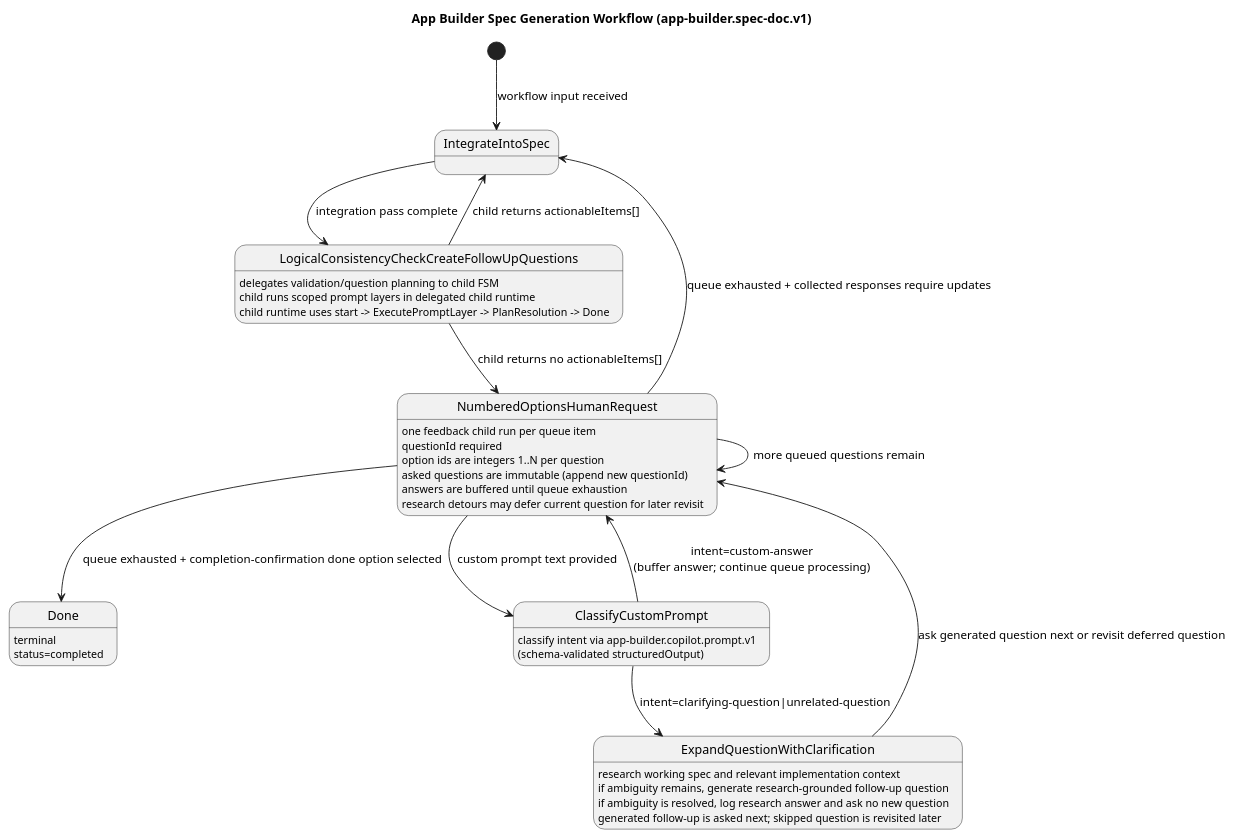
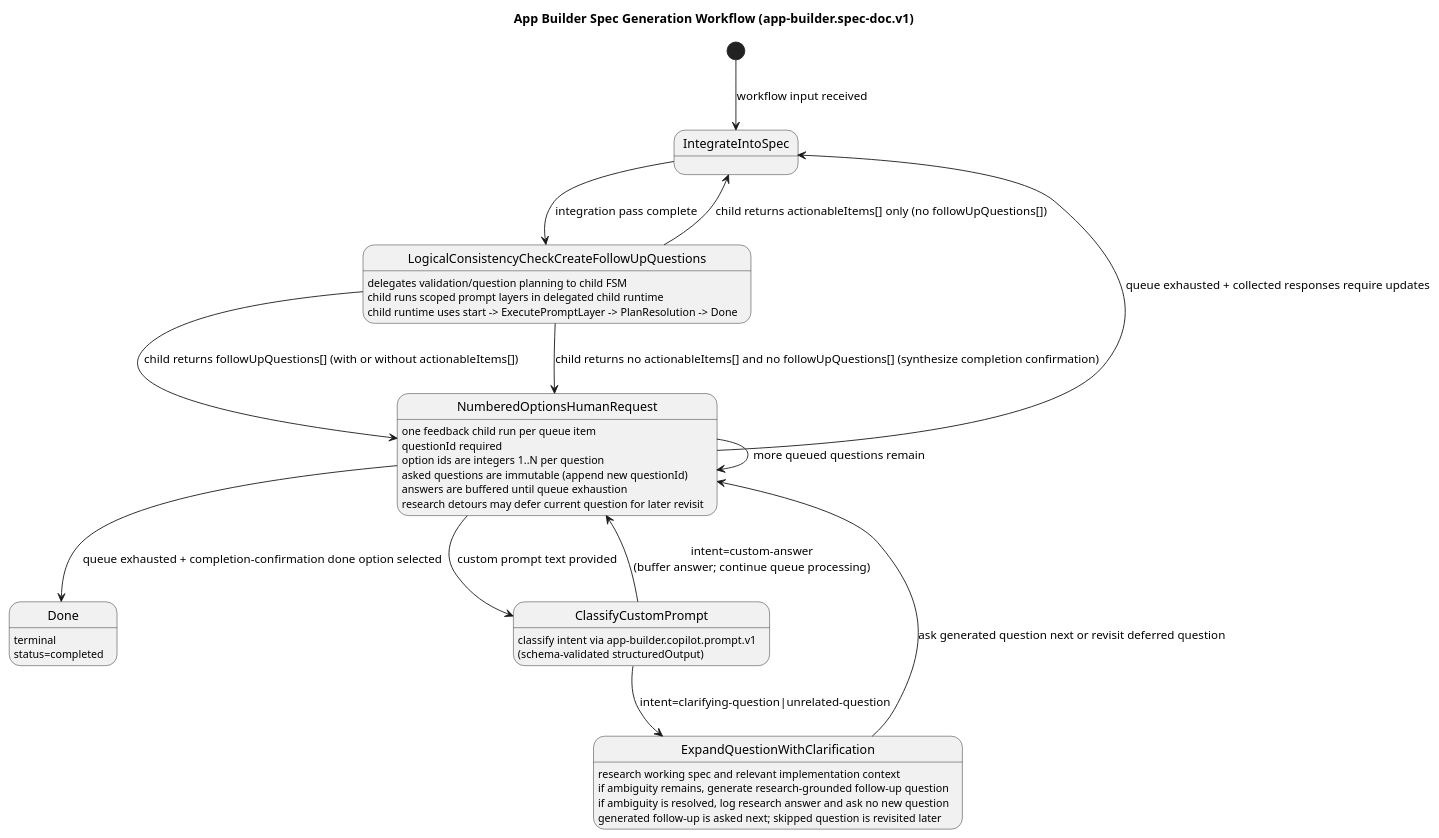
One commit to huntj88/ComposableWorkflow changed the diagram in packages/workflow-app-builder/docs/spec-doc-generation-workflow.md. Above: the diagram before and after it, drawn with PlantUML. The commit also changed other lines of this file and 6 other files, not shown here.

````diff
--- a/packages/workflow-app-builder/docs/spec-doc-generation-workflow.md
+++ b/packages/workflow-app-builder/docs/spec-doc-generation-workflow.md
@@ -175,42 +176,43 @@
 ```plantuml
 @startuml
 title App Builder Spec Generation Workflow (app-builder.spec-doc.v1)
 
 [*] --> IntegrateIntoSpec : workflow input received
 IntegrateIntoSpec --> LogicalConsistencyCheckCreateFollowUpQuestions : integration pass complete
 
 LogicalConsistencyCheckCreateFollowUpQuestions : delegates validation/question planning to child FSM
 LogicalConsistencyCheckCreateFollowUpQuestions : child runs scoped prompt layers in delegated child runtime
 LogicalConsistencyCheckCreateFollowUpQuestions : child runtime uses start -> ExecutePromptLayer -> PlanResolution -> Done
-LogicalConsistencyCheckCreateFollowUpQuestions --> IntegrateIntoSpec : child returns actionableItems[]
-LogicalConsistencyCheckCreateFollowUpQuestions --> NumberedOptionsHumanRequest : child returns no actionableItems[]
+LogicalConsistencyCheckCreateFollowUpQuestions --> IntegrateIntoSpec : child returns actionableItems[] only (no followUpQuestions[])
+LogicalConsistencyCheckCreateFollowUpQuestions --> NumberedOptionsHumanRequest : child returns followUpQuestions[] (with or without actionableItems[])
+LogicalConsistencyCheckCreateFollowUpQuestions --> NumberedOptionsHumanRequest : child returns no actionableItems[] and no followUpQuestions[] (synthesize completion confirmation)
 
 NumberedOptionsHumanRequest : one feedback child run per queue item
 NumberedOptionsHumanRequest : questionId required
 NumberedOptionsHumanRequest : option ids are integers 1..N per question
 NumberedOptionsHumanRequest : asked questions are immutable (append new questionId)
 NumberedOptionsHumanRequest : answers are buffered until queue exhaustion
 NumberedOptionsHumanRequest : research detours may defer current question for later revisit
 
 NumberedOptionsHumanRequest --> NumberedOptionsHumanRequest : more queued questions remain
 NumberedOptionsHumanRequest --> Done : queue exhausted + completion-confirmation done option selected
 NumberedOptionsHumanRequest --> IntegrateIntoSpec : queue exhausted + collected responses require updates
 NumberedOptionsHumanRequest --> ClassifyCustomPrompt : custom prompt text provided
 
 state ClassifyCustomPrompt
 ClassifyCustomPrompt : classify intent via app-builder.copilot.prompt.v1\n(schema-validated structuredOutput)
 
 ClassifyCustomPrompt --> ExpandQuestionWithClarification : intent=clarifying-question|unrelated-question
 ClassifyCustomPrompt --> NumberedOptionsHumanRequest : intent=custom-answer\n(buffer answer; continue queue processing)
 
 state ExpandQuestionWithClarification
 ExpandQuestionWithClarification : research working spec and relevant implementation context
 ExpandQuestionWithClarification : if ambiguity remains, generate research-grounded follow-up question
 ExpandQuestionWithClarification : if ambiguity is resolved, log research answer and ask no new question
 ExpandQuestionWithClarification : generated follow-up is asked next; skipped question is revisited later
 
 ExpandQuestionWithClarification --> NumberedOptionsHumanRequest : ask generated question next or revisit deferred question
 
 Done : terminal\nstatus=completed
 @enduml
 ```
````
